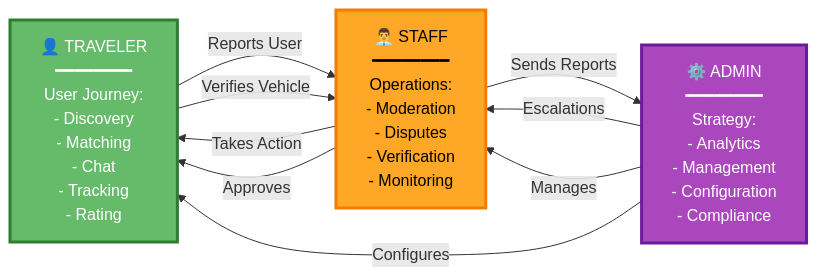
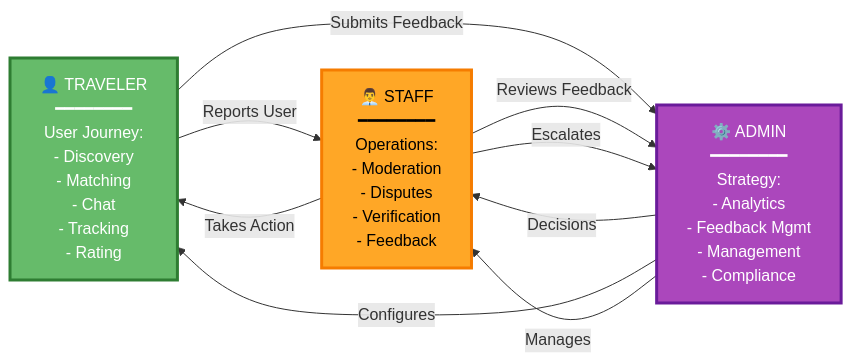
The seventh of 8 diagrams in COMPLETE_SYSTEM_FLOWCHART.md (qtr-deagle/PartyUp), drawn with Mermaid before and after one commit. The commit also changed other lines of this file and 41 other files, not shown here.

First line of the commit message:
Add ID verification with AI similarity scoring, revamp staff/admin UI

````diff
--- a/COMPLETE_SYSTEM_FLOWCHART.md
+++ b/COMPLETE_SYSTEM_FLOWCHART.md
@@ -257,24 +353,24 @@
 ```mermaid
 flowchart LR
     Traveler["👤 TRAVELER<br/>━━━━━━━━<br/>User Journey:<br/>- Discovery<br/>- Matching<br/>- Chat<br/>- Tracking<br/>- Rating"]
     
-    Staff["👨‍💼 STAFF<br/>━━━━━━━━<br/>Operations:<br/>- Moderation<br/>- Disputes<br/>- Verification<br/>- Monitoring"]
+    Staff["👨‍💼 STAFF<br/>━━━━━━━━<br/>Operations:<br/>- Moderation<br/>- Disputes<br/>- Verification<br/>- Feedback"]
     
-    Admin["⚙️ ADMIN<br/>━━━━━━━━<br/>Strategy:<br/>- Analytics<br/>- Management<br/>- Configuration<br/>- Compliance"]
+    Admin["⚙️ ADMIN<br/>━━━━━━━━<br/>Strategy:<br/>- Analytics<br/>- Feedback Mgmt<br/>- Management<br/>- Compliance"]
     
     Traveler -->|Reports User| Staff
     Staff -->|Takes Action| Traveler
     
-    Traveler -->|Verifies Vehicle| Staff
-    Staff -->|Approves| Traveler
+    Traveler -->|Submits Feedback| Admin
+    Staff -->|Reviews Feedback| Admin
     
-    Staff -->|Sends Reports| Admin
-    Admin -->|Escalations| Staff
+    Staff -->|Escalates| Admin
+    Admin -->|Decisions| Staff
     
     Admin -->|Configures| Traveler
     Admin -->|Manages| Staff
     
     style Traveler fill:#66bb6a,color:#fff,stroke:#2e7d32,stroke-width:3px
     style Staff fill:#ffa726,color:#000,stroke:#f57c00,stroke-width:3px
     style Admin fill:#ab47bc,color:#fff,stroke:#6a1b9a,stroke-width:3px
 ```
````
